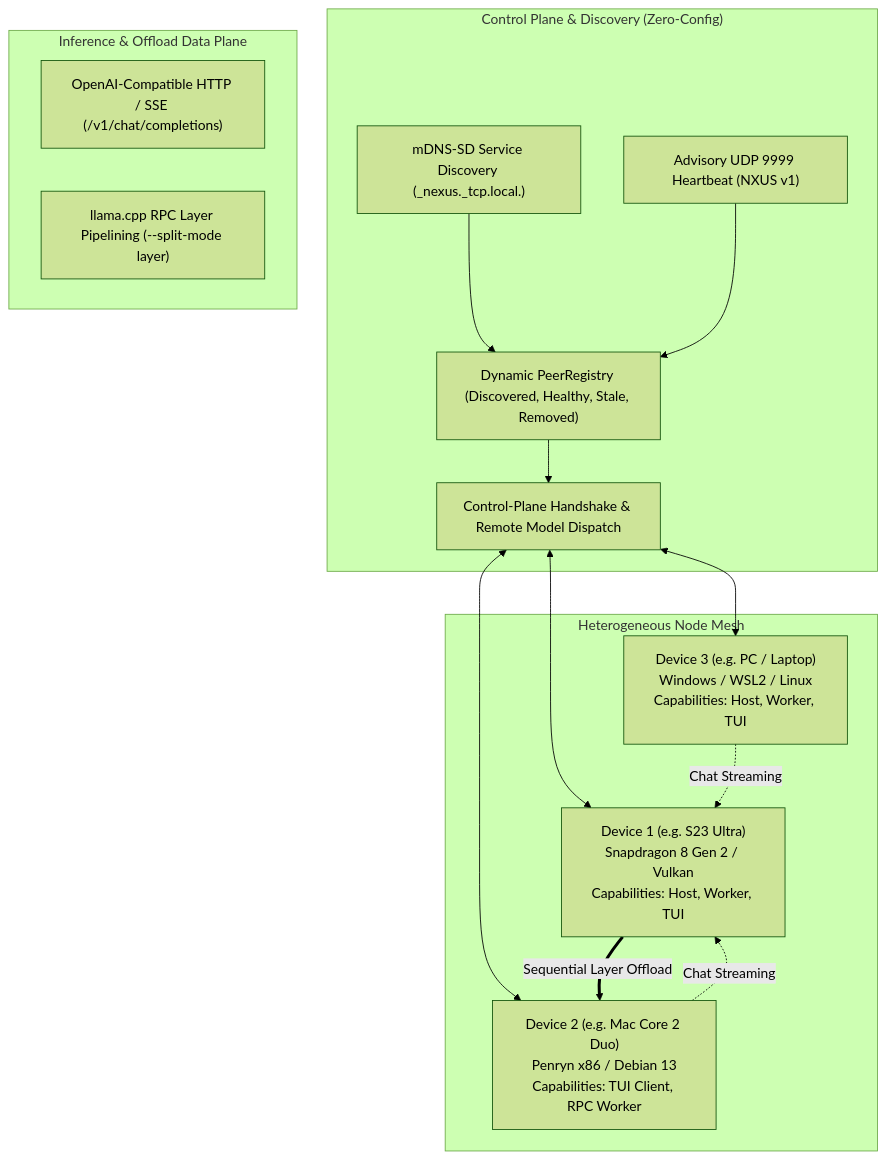
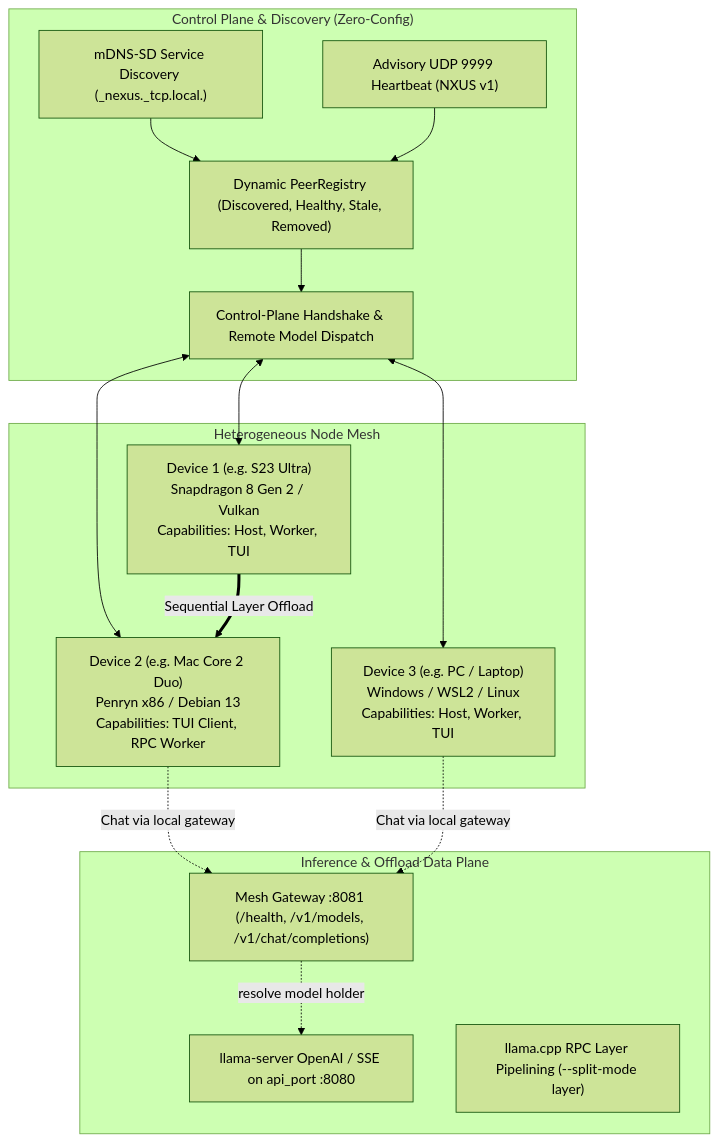
The diagram in DESIGN_SPEC.md (TrialBlazer23/nexus-llm), drawn with Mermaid (forest theme) before and after one commit. The commit also changed other lines of this file and 16 other files, not shown here.

First line of the commit message:
feat(gateway): Phase 12 §5.1 mesh OpenAI gateway on gateway_port

````diff
--- a/DESIGN_SPEC.md
+++ b/DESIGN_SPEC.md
@@ -16,31 +16,33 @@
 ```mermaid
 flowchart TD
     subgraph DiscoveryControlPlane["Control Plane & Discovery (Zero-Config)"]
         MDNS["mDNS-SD Service Discovery (_nexus._tcp.local.)"]
         BEACON["Advisory UDP 9999 Heartbeat (NXUS v1)"]
         REGISTRY["Dynamic PeerRegistry (Discovered, Healthy, Stale, Removed)"]
         CTRL["Control-Plane Handshake & Remote Model Dispatch"]
         MDNS --> REGISTRY
         BEACON --> REGISTRY
         REGISTRY --> CTRL
     end
 
     subgraph Nodes["Heterogeneous Node Mesh"]
         N1["Device 1 (e.g. S23 Ultra)<br/>Snapdragon 8 Gen 2 / Vulkan<br/>Capabilities: Host, Worker, TUI"]
         N2["Device 2 (e.g. Mac Core 2 Duo)<br/>Penryn x86 / Debian 13<br/>Capabilities: TUI Client, RPC Worker"]
         N3["Device 3 (e.g. PC / Laptop)<br/>Windows / WSL2 / Linux<br/>Capabilities: Host, Worker, TUI"]
     end
 
     CTRL <--> N1
     CTRL <--> N2
     CTRL <--> N3
 
     subgraph DataPlane["Inference & Offload Data Plane"]
-        HTTP["OpenAI-Compatible HTTP / SSE (/v1/chat/completions)"]
+        GW["Mesh Gateway :8081 (/health, /v1/models, /v1/chat/completions)"]
+        HTTP["llama-server OpenAI / SSE on api_port :8080"]
         RPC["llama.cpp RPC Layer Pipelining (--split-mode layer)"]
     end
 
-    N2 -. Chat Streaming .-> N1
-    N3 -. Chat Streaming .-> N1
+    N2 -. Chat via local gateway .-> GW
+    N3 -. Chat via local gateway .-> GW
+    GW -. resolve model holder .-> HTTP
     N1 == Sequential Layer Offload ==> N2
 ```
````
